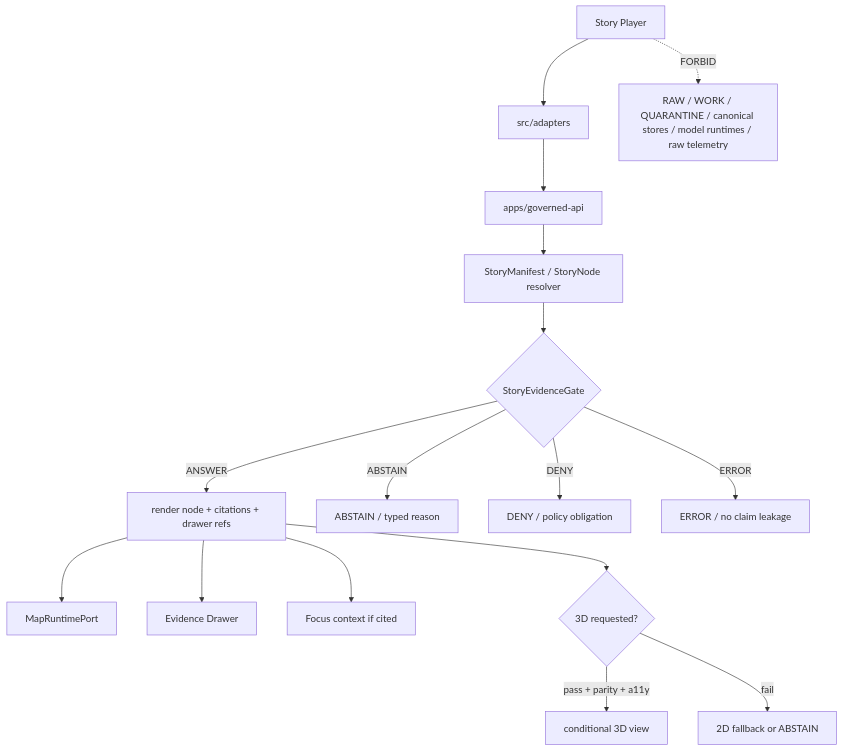
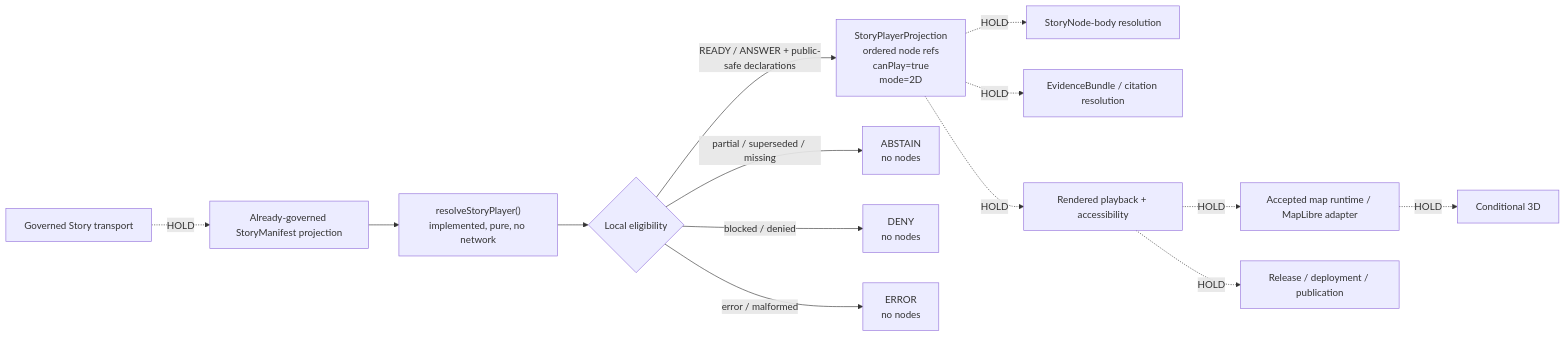
One commit to bartytime4life/Kansas-Frontier-Matrix changed the diagram in apps/explorer-web/src/features/story_player/README.md. Above: the diagram before and after it, drawn with Mermaid. The commit also changed other lines of this file, not shown here.

Commit message:
docs(story-player): align feature README with bounded consumer

````diff
--- a/apps/explorer-web/src/features/story_player/README.md
+++ b/apps/explorer-web/src/features/story_player/README.md
@@ -296,18 +329,17 @@
 ```mermaid
-flowchart TD
-    player["Story Player"] --> adapters["src/adapters"]
-    adapters --> api["apps/governed-api"]
-    api --> resolver["StoryManifest / StoryNode resolver"]
-    resolver --> gate{"StoryEvidenceGate"}
-    gate -->|ANSWER| node["render node + citations + drawer refs"]
-    gate -->|ABSTAIN| abstain["ABSTAIN / typed reason"]
-    gate -->|DENY| deny["DENY / policy obligation"]
-    gate -->|ERROR| error["ERROR / no claim leakage"]
-    node --> map["MapRuntimePort"]
-    node --> drawer["Evidence Drawer"]
-    node --> focus["Focus context if cited"]
-    node --> probe{"3D requested?"}
-    probe -->|pass + parity + a11y| three["conditional 3D view"]
-    probe -->|fail| twod["2D fallback or ABSTAIN"]
-    player -. FORBID .-> raw["RAW / WORK / QUARANTINE / canonical stores / model runtimes / raw telemetry"]
+flowchart LR
+    upstream["Already-governed StoryManifest projection"] --> consumer["resolveStoryPlayer()\nimplemented, pure, no network"]
+    consumer --> ready{"Local eligibility"}
+    ready -->|READY / ANSWER + public-safe declarations| refs["StoryPlayerProjection\nordered node refs\ncanPlay=true\nmode=2D"]
+    ready -->|partial / superseded / missing| abstain["ABSTAIN\nno nodes"]
+    ready -->|blocked / denied| deny["DENY\nno nodes"]
+    ready -->|error / malformed| error["ERROR\nno nodes"]
+
+    transport["Governed Story transport"] -. HOLD .-> upstream
+    refs -. HOLD .-> bodies["StoryNode-body resolution"]
+    refs -. HOLD .-> evidence["EvidenceBundle / citation resolution"]
+    refs -. HOLD .-> rendered["Rendered playback + accessibility"]
+    rendered -. HOLD .-> map["Accepted map runtime / MapLibre adapter"]
+    map -. HOLD .-> three["Conditional 3D"]
+    rendered -. HOLD .-> release["Release / deployment / publication"]
 ```
````
